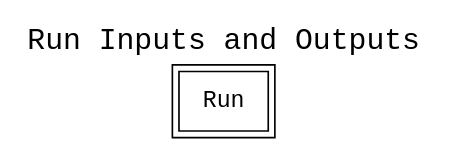
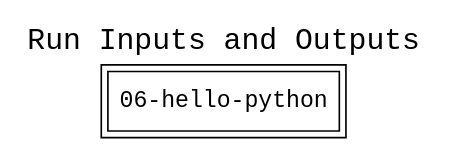
One commit to CIRSS/cpr changed the diagram in examples/02-blazegraph-examples/06-hello-python/run/graph-1.gv. Above: the diagram before and after it, drawn with Graphviz. The commit also changed other lines of this file and 58 other files, not shown here.

```diff
--- a/examples/02-blazegraph-examples/06-hello-python/run/graph-1.gv
+++ b/examples/02-blazegraph-examples/06-hello-python/run/graph-1.gv
@@ -1,26 +1,27 @@
+
 
 digraph cpr_run {
 rankdir=LR
 fontname=Courier; fontsize=18; labelloc=t
 label="Run Inputs and Outputs"
 
 node[shape=box style="filled" fillcolor="#FFFFFF" peripheries=2 fontname=Courier]
-Run
+"run" [label="06-hello-python"]
 
 subgraph cluster_input_files { label=""; color=white; penwidth=0
 subgraph cluster_input_files_inner { label=""; color=white
 node[shape=box style="rounded,filled" fillcolor="#FFFFCC" peripheries=1 fontname=Helvetica]
 
 }}
 
 
 
 subgraph cluster_output_files { label=""; color=white; penwidth=0
 subgraph cluster_output_files_inner { label=""; color=white
 node[shape=box style="rounded,filled" fillcolor="#FFFFCC" peripheries=1 fontname=Helvetica]
 
 }}
 
 
 
 }
```
